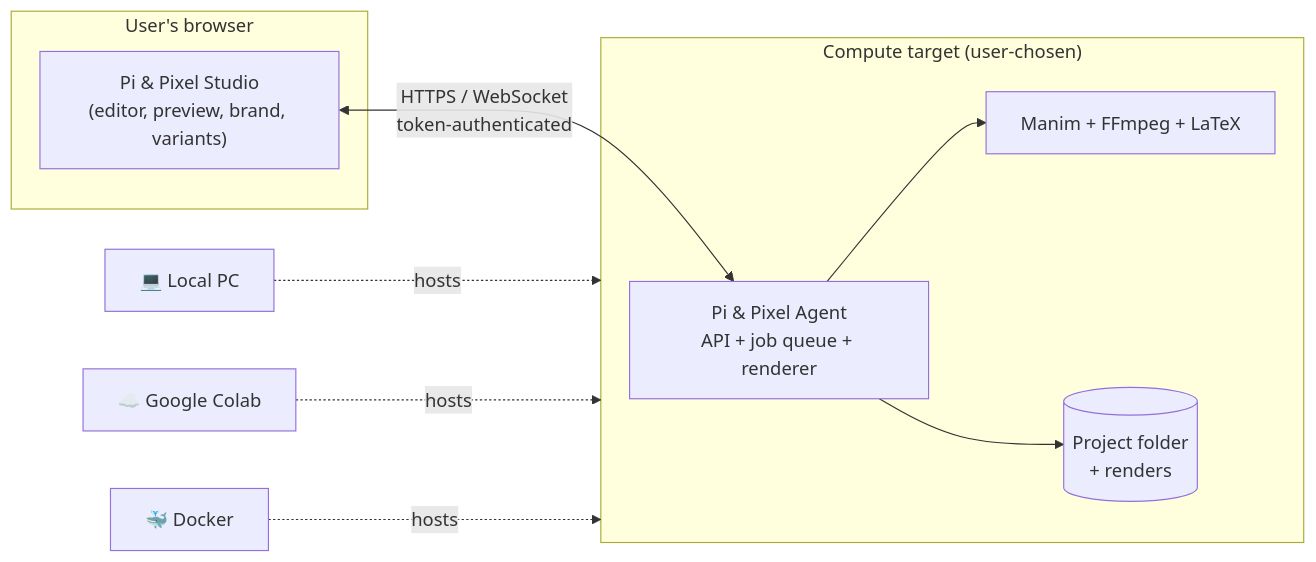
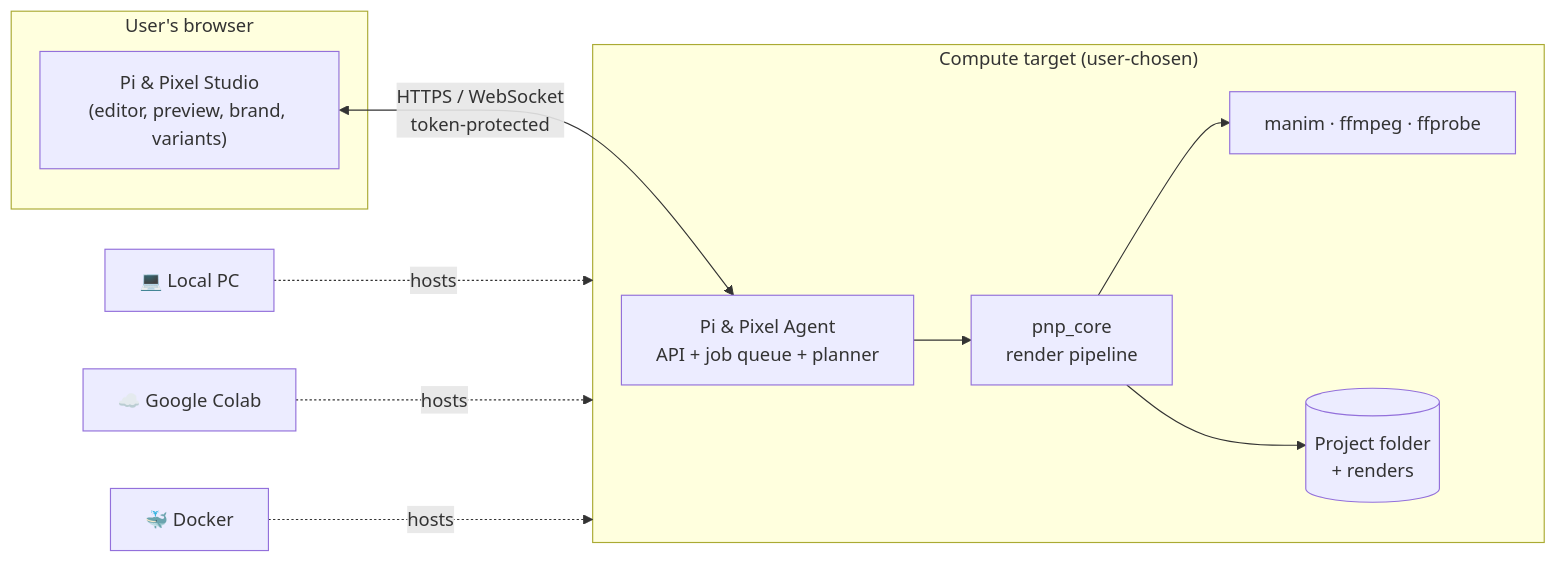
The diagram in README.md (harshdotcom/PiAndPixel), drawn with Mermaid before and after one commit. The commit also changed other lines of this file and 4 other files, not shown here.

````diff
--- a/README.md
+++ b/README.md
@@ -33,20 +38,21 @@
 ```mermaid
 flowchart LR
     subgraph Browser["User's browser"]
         UI["Pi & Pixel Studio<br/>(editor, preview, brand, variants)"]
     end
 
     subgraph Compute["Compute target (user-chosen)"]
-        AG["Pi & Pixel Agent<br/>API + job queue + renderer"]
-        MN["Manim + FFmpeg + LaTeX"]
+        AG["Pi & Pixel Agent<br/>API + job queue + planner"]
+        CORE["pnp_core<br/>render pipeline"]
+        MN["manim · ffmpeg · ffprobe"]
         FS[("Project folder<br/>+ renders")]
-        AG --> MN
-        AG --> FS
+        AG --> CORE --> MN
+        CORE --> FS
     end
 
-    UI <-- "HTTPS / WebSocket<br/>token-authenticated" --> AG
+    UI <-- "HTTPS / WebSocket<br/>token-protected" --> AG
 
     L["💻 Local PC"] -.hosts.-> Compute
     C["☁️ Google Colab"] -.hosts.-> Compute
     D["🐳 Docker"] -.hosts.-> Compute
 ```
````
